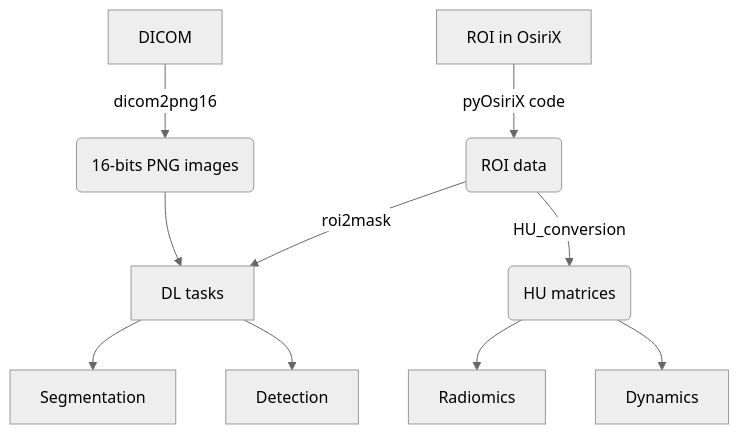
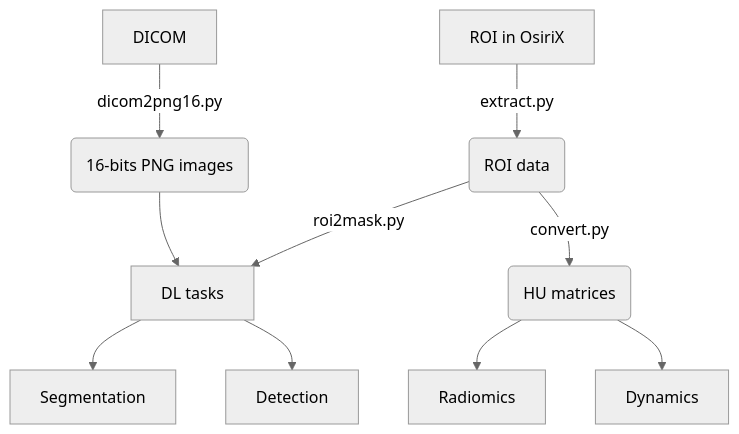
One commit to yfwu/jekyll-simple changed the diagram in _posts/Tools/2021-06-06-mermaid-jekyll.md. Above: the diagram before and after it, drawn with Mermaid (neutral theme). The commit also changed 5 other files, not shown here.

```diff
--- a/_posts/Tools/2021-06-06-mermaid-jekyll.md
+++ b/_posts/Tools/2021-06-06-mermaid-jekyll.md
@@ -21,12 +21,12 @@
 <div class="mermaid" align="center">
 graph TD
-  ROI[ROI in OsiriX] -->|pyOsiriX code| ROId(ROI data)
-  ROId --> |roi2mask| DL[DL tasks]
-  ROId --> |HU_conversion| HUm(HU matrices)
-  DICOM[DICOM] --> |dicom2png16| PNG(16-bits PNG images)
+  ROI[ROI in OsiriX] -->|extract.py| ROId(ROI data)
+  ROId --> |roi2mask.py| DL[DL tasks]
+  ROId --> |convert.py| HUm(HU matrices)
+  DICOM[DICOM] --> |dicom2png16.py| PNG(16-bits PNG images)
   PNG --> DL
   DL --> Seg[Segmentation]
   DL --> Det[Detection]
   HUm --> Omics[Radiomics]
   HUm --> Dynamic[Dynamics]
 </div>
```
